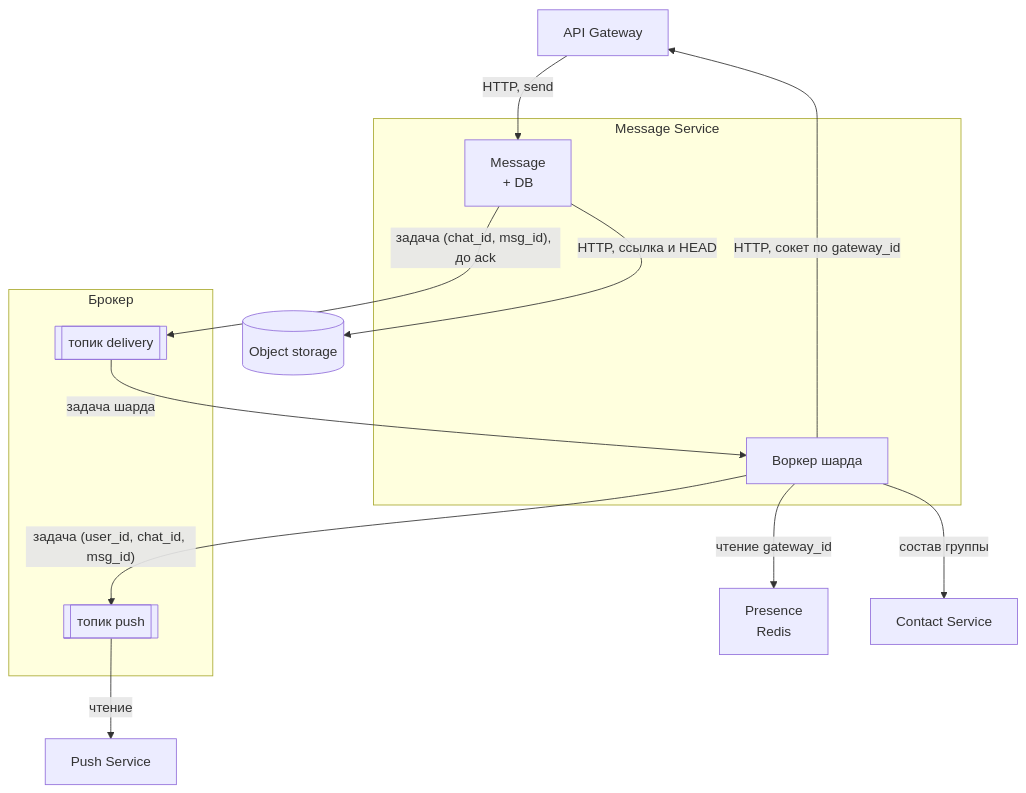
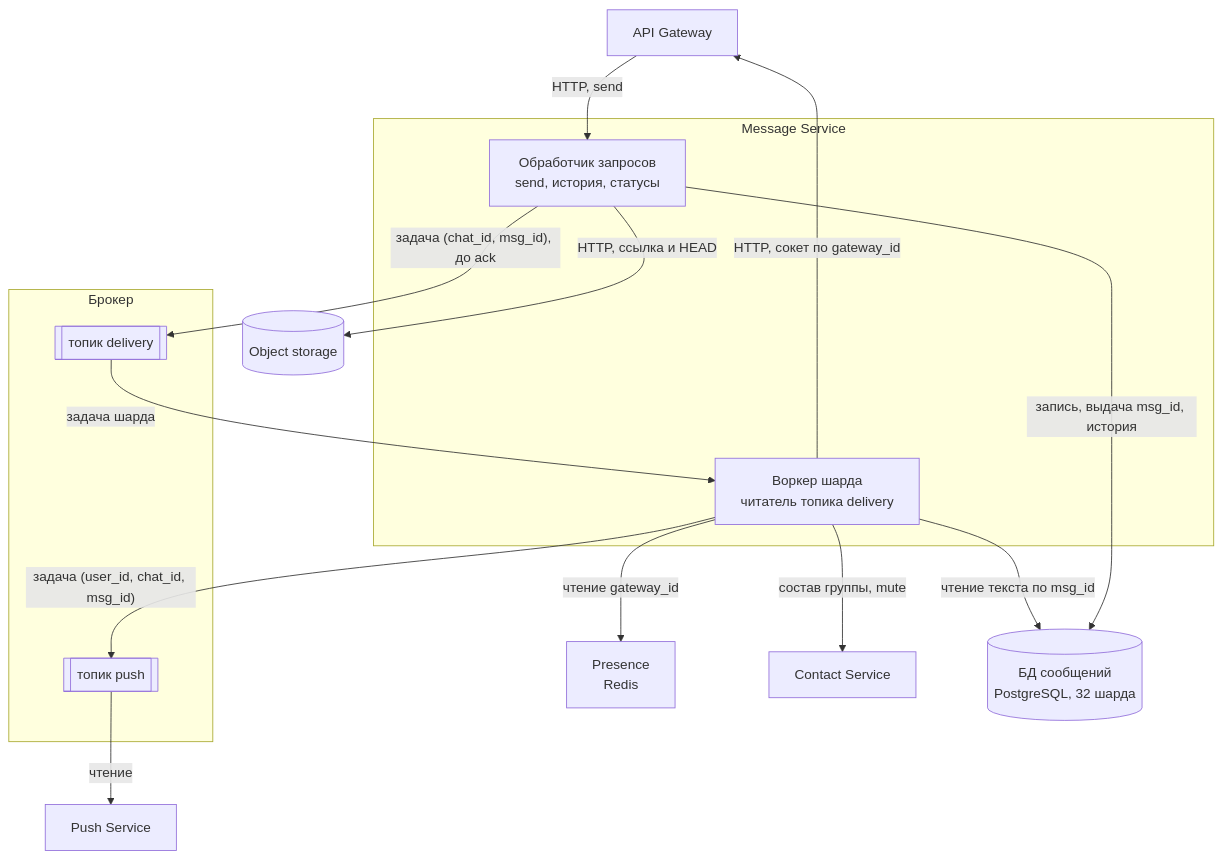
Before and after one commit to Gomozov/otus-systemdesign-homework: the third of 8 diagrams in hw_06/solution/README.md, drawn with Mermaid. The commit also changed other lines of this file, not shown here.

````diff
--- a/hw_06/solution/README.md
+++ b/hw_06/solution/README.md
@@ -259,28 +271,31 @@
 ```mermaid
 flowchart TB
   gw["API Gateway"]
   presence["Presence<br/>Redis"]
   contact["Contact Service"]
   push["Push Service"]
   obj[("Object storage")]
+  db[("БД сообщений<br/>PostgreSQL, 32 шарда")]
 
   subgraph message["Message Service"]
-    msgDb["Message<br/>+ DB"]
-    worker["Воркер шарда"]
+    api["Обработчик запросов<br/>send, история, статусы"]
+    worker["Воркер шарда<br/>читатель топика delivery"]
   end
 
   subgraph broker["Брокер"]
     tDel[["топик delivery"]]
     tPush[["топик push"]]
   end
 
-  gw -->|"HTTP, send"| msgDb
-  msgDb -->|"задача (chat_id, msg_id), до ack"| tDel
+  gw -->|"HTTP, send"| api
+  api -->|"запись, выдача msg_id, история"| db
+  api -->|"задача (chat_id, msg_id), до ack"| tDel
   tDel -->|"задача шарда"| worker
+  worker -->|"чтение текста по msg_id"| db
   worker -->|"HTTP, сокет по gateway_id"| gw
   worker -->|"чтение gateway_id"| presence
-  worker -->|"состав группы"| contact
+  worker -->|"состав группы, mute"| contact
   worker -->|"задача (user_id, chat_id, msg_id)"| tPush
   tPush -->|"чтение"| push
-  msgDb -->|"HTTP, ссылка и HEAD"| obj
+  api -->|"HTTP, ссылка и HEAD"| obj
 ```
````
